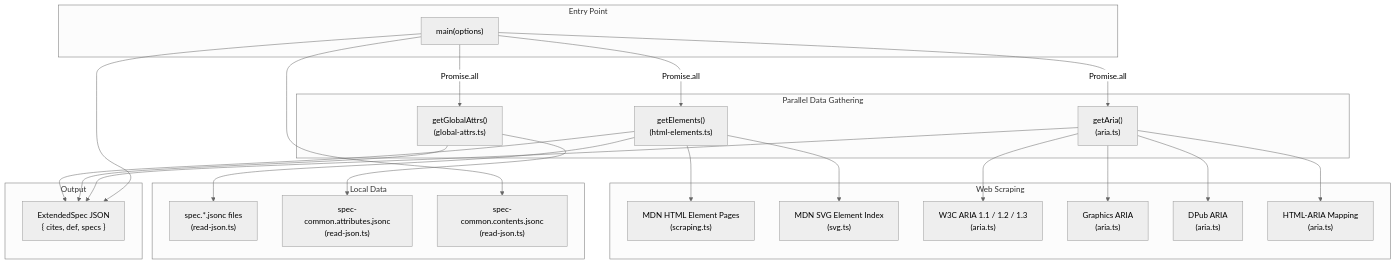
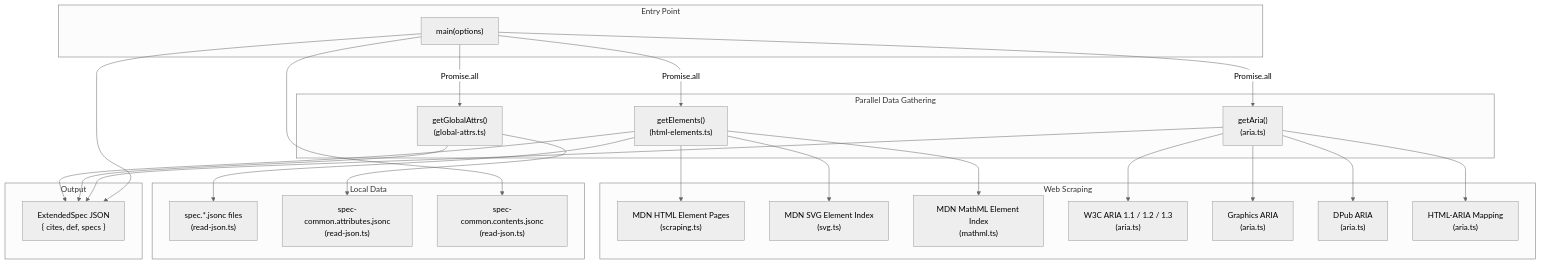
The first of 2 diagrams in packages/@markuplint/spec-generator/ARCHITECTURE.md (markuplint/markuplint), drawn with Mermaid (neutral theme) before and after one commit. The commit also changed other lines of this file and 10 other files, not shown here.

First line of the commit message:
feat(spec-generator): add MathML element scraping support

````diff
--- a/packages/@markuplint/spec-generator/ARCHITECTURE.md
+++ b/packages/@markuplint/spec-generator/ARCHITECTURE.md
@@ -28,50 +29,52 @@
 ```mermaid
 flowchart TD
     subgraph entry ["Entry Point"]
         main["main(options)"]
     end
 
     subgraph parallel ["Parallel Data Gathering"]
         getElements["getElements()\n(html-elements.ts)"]
         getGlobalAttrs["getGlobalAttrs()\n(global-attrs.ts)"]
         getAria["getAria()\n(aria.ts)"]
     end
 
     subgraph scraping ["Web Scraping"]
         mdnHTML["MDN HTML Element Pages\n(scraping.ts)"]
         mdnSVG["MDN SVG Element Index\n(svg.ts)"]
+        mdnMathML["MDN MathML Element Index\n(mathml.ts)"]
         ariaSpecs["W3C ARIA 1.1 / 1.2 / 1.3\n(aria.ts)"]
         graphicsAria["Graphics ARIA\n(aria.ts)"]
         dpubAria["DPub ARIA\n(aria.ts)"]
         htmlAria["HTML-ARIA Mapping\n(aria.ts)"]
     end
 
     subgraph local ["Local Data"]
         specFiles["spec.*.jsonc files\n(read-json.ts)"]
         commonAttrs["spec-common.attributes.jsonc\n(read-json.ts)"]
         commonContents["spec-common.contents.jsonc\n(read-json.ts)"]
     end
 
     subgraph output ["Output"]
         extendedSpec["ExtendedSpec JSON\n{ cites, def, specs }"]
     end
 
     main --> |"Promise.all"| getElements
     main --> |"Promise.all"| getGlobalAttrs
     main --> |"Promise.all"| getAria
 
     getElements --> specFiles
     getElements --> mdnHTML
     getElements --> mdnSVG
+    getElements --> mdnMathML
     getGlobalAttrs --> commonAttrs
     getAria --> ariaSpecs
     getAria --> graphicsAria
     getAria --> dpubAria
     getAria --> htmlAria
 
     getElements --> extendedSpec
     getGlobalAttrs --> extendedSpec
     getAria --> extendedSpec
     main --> commonContents
     main --> extendedSpec
 ```
````
